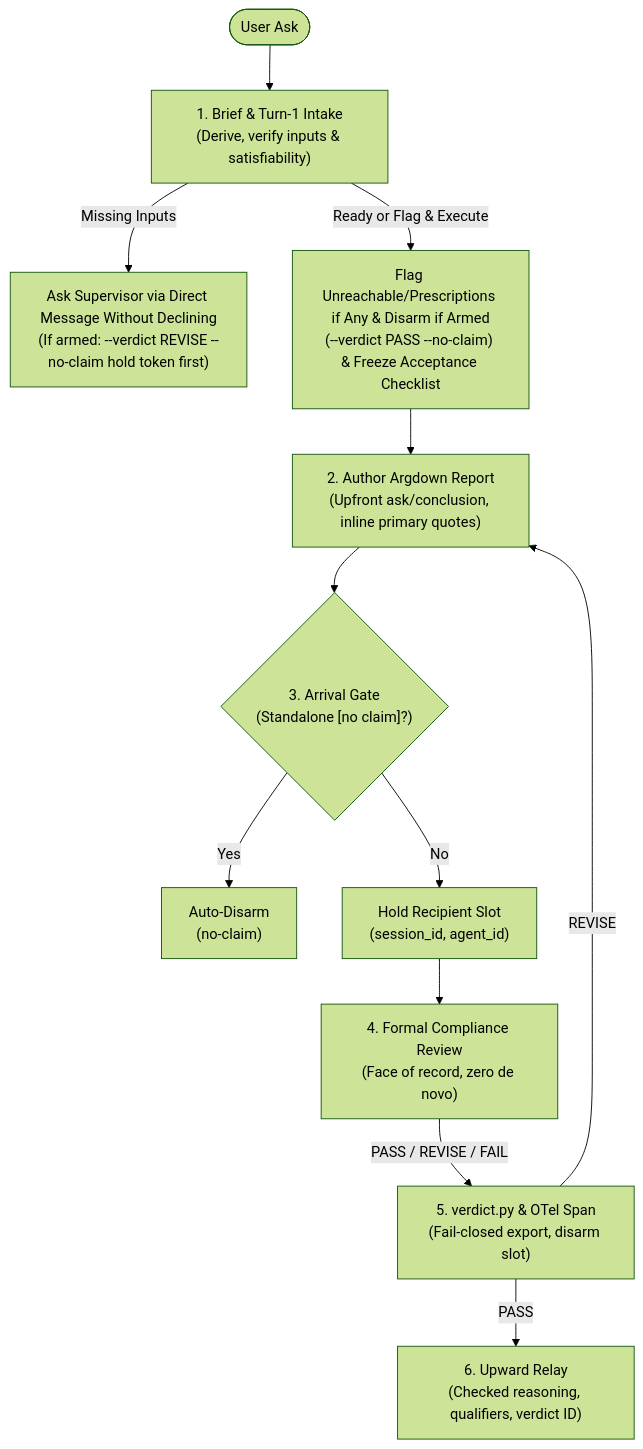
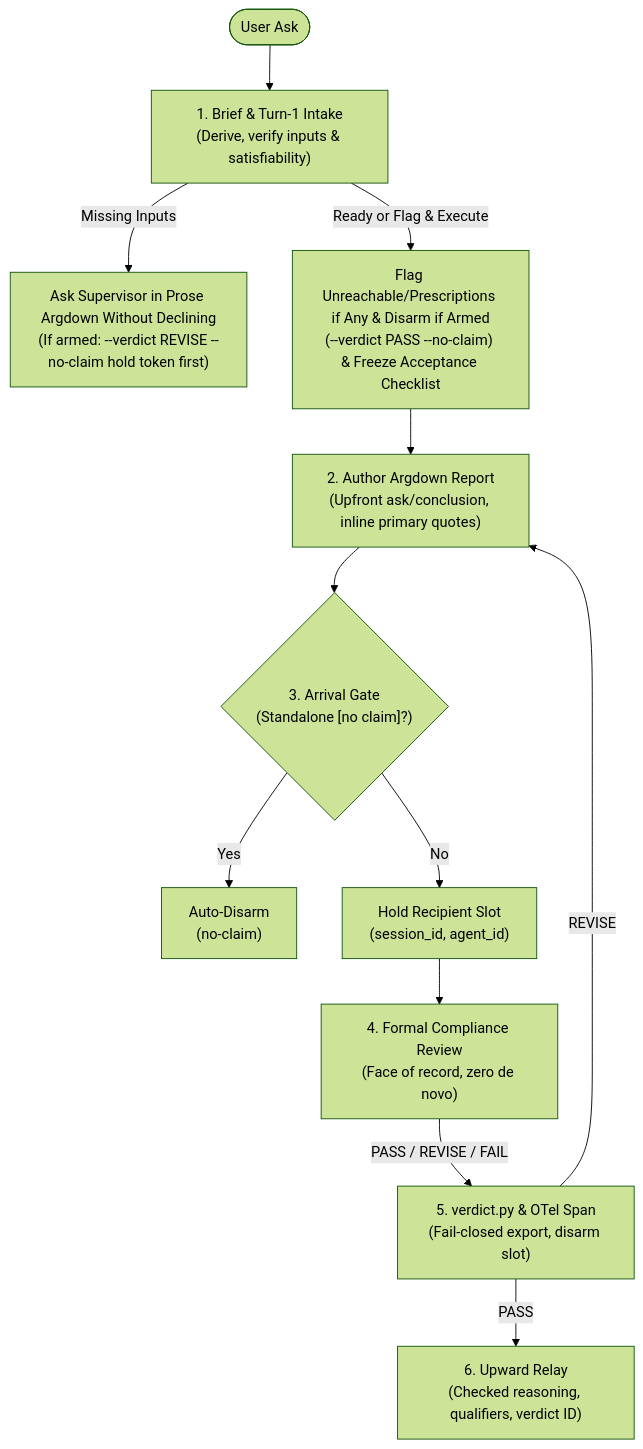
Before and after one commit to nicsuzor/academicOps: the diagram in specs/enforcement/evidence-contract.md, drawn with Mermaid (forest theme). The commit also changed other lines of this file and 3 other files, not shown here.

````diff
--- a/specs/enforcement/evidence-contract.md
+++ b/specs/enforcement/evidence-contract.md
@@ -86,14 +86,14 @@
 ```mermaid
 flowchart TD
     Ask(["User Ask"]) --> Brief["1. Brief & Turn-1 Intake<br/>(Derive, verify inputs & satisfiability)"]
-    Brief -->|Missing Inputs| BriefClarify["Ask Supervisor via Direct Message Without Declining<br/>(If armed: --verdict REVISE --no-claim hold token first)"]
+    Brief -->|Missing Inputs| BriefClarify["Ask Supervisor in Prose Argdown Without Declining<br/>(If armed: --verdict REVISE --no-claim hold token first)"]
     Brief -->|Ready or Flag & Execute| BriefClear["Flag Unreachable/Prescriptions if Any & Disarm if Armed<br/>(--verdict PASS --no-claim) & Freeze Acceptance Checklist"]
     BriefClear --> Author["2. Author Argdown Report<br/>(Upfront ask/conclusion, inline primary quotes)"]
     Author --> Gate{"3. Arrival Gate<br/>(Standalone [no claim]?)"}
     Gate -->|Yes| AutoClear["Auto-Disarm<br/>(no-claim)"]
     Gate -->|No| Hold["Hold Recipient Slot<br/>(session_id, agent_id)"]
     Hold --> Review["4. Formal Compliance Review<br/>(Face of record, zero de novo)"]
     Review -->|PASS / REVISE / FAIL| Record["5. verdict.py & OTel Span<br/>(Fail-closed export, disarm slot)"]
     Record -->|REVISE| Author
     Record -->|PASS| Relay["6. Upward Relay<br/>(Checked reasoning, qualifiers, verdict ID)"]
 ```
````
